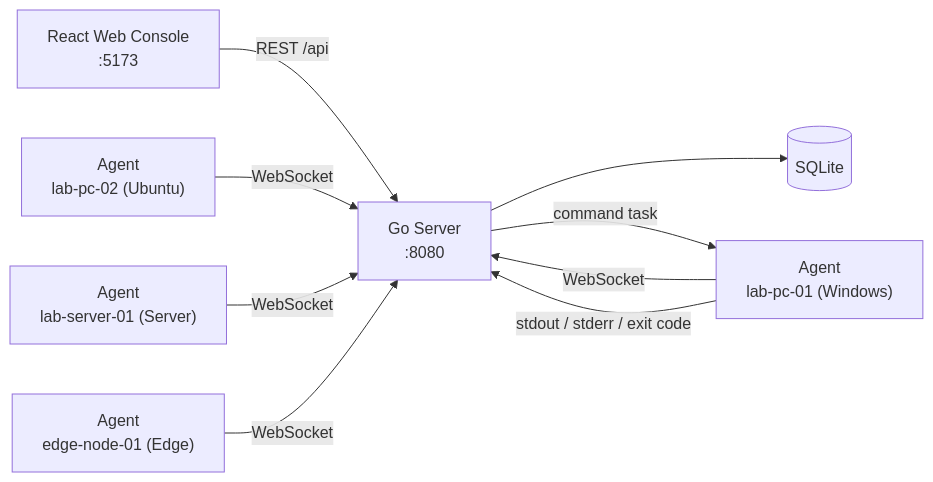
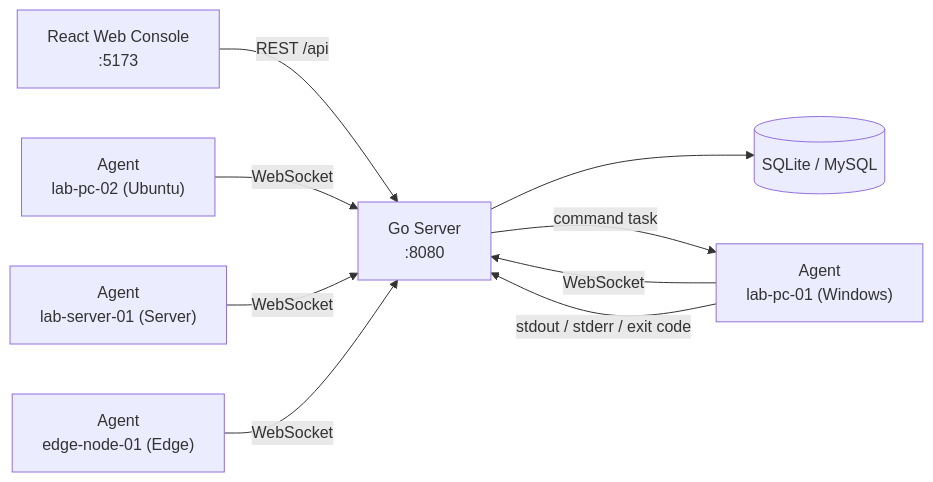
One commit to cowhorse05/LabOps changed the diagram in README.md. Above: the diagram before and after it, drawn with Mermaid. The commit also changed other lines of this file and 31 other files, not shown here.

````diff
--- a/README.md
+++ b/README.md
@@ -180,11 +214,11 @@
 ```mermaid
 flowchart LR
     Web["React Web Console<br/>:5173"] -->|REST /api| Server["Go Server<br/>:8080"]
     Agent1["Agent<br/>lab-pc-01 (Windows)"] -->|WebSocket| Server
     Agent2["Agent<br/>lab-pc-02 (Ubuntu)"] -->|WebSocket| Server
     Agent3["Agent<br/>lab-server-01 (Server)"] -->|WebSocket| Server
     Agent4["Agent<br/>edge-node-01 (Edge)"] -->|WebSocket| Server
-    Server --> SQLite[("SQLite")]
+    Server --> DB[("SQLite / MySQL")]
     Server -->|command task| Agent1
     Agent1 -->|stdout / stderr / exit code| Server
 ```
````
